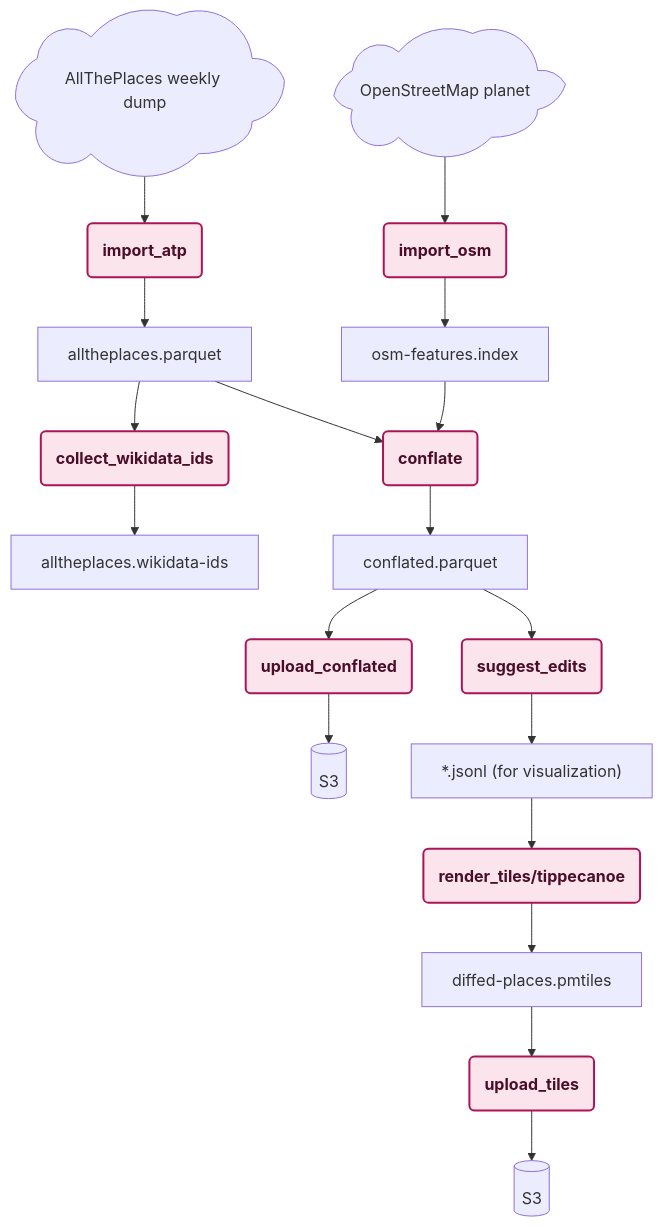
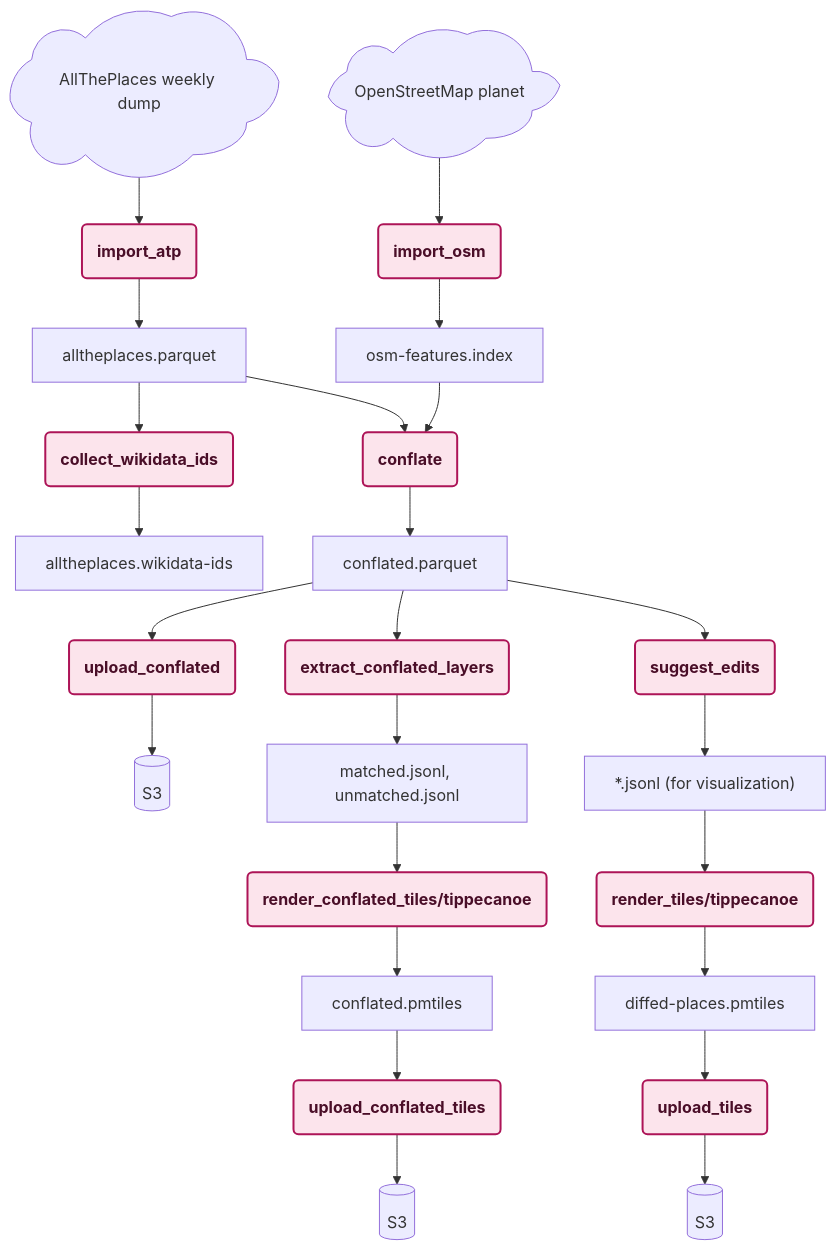
One commit to alltheplaces/osm-diffs changed the diagram in docs/TECHNICAL_DESIGN.md. Above: the diagram before and after it, drawn with Mermaid. The commit also changed other lines of this file and 7 other files, not shown here.

First line of the commit message:
feat: render conflated.parquet into its own PMTiles archive (#709) (#777)

````diff
--- a/docs/TECHNICAL_DESIGN.md
+++ b/docs/TECHNICAL_DESIGN.md
@@ -177,21 +177,24 @@
 ```mermaid
 graph TD
     ATP_SRC@{ shape: cloud, label: "AllThePlaces weekly dump" }
     OSM_SRC@{ shape: cloud, label: "OpenStreetMap planet" }
 
     ATP_SRC --> IMPORT_ATP(import_atp) --> ATP_PARQUET[alltheplaces.parquet]
     ATP_PARQUET --> COLLECT_WIKI(collect_wikidata_ids) --> WIKIDATA[alltheplaces.wikidata-ids]
 
     OSM_SRC --> IMPORT_OSM(import_osm) --> OSM_INDEX[osm-features.index]
 
     ATP_PARQUET --> CONFLATE(conflate)
     OSM_INDEX --> CONFLATE
     CONFLATE --> CONFLATED[conflated.parquet]
     CONFLATED --> UPLOAD_CONFLATED(upload_conflated) --> S3A[(S3)]
+    CONFLATED --> EXTRACT_CONFLATED_LAYERS(extract_conflated_layers) --> CONFLATED_LAYERS["matched.jsonl, unmatched.jsonl"]
+    CONFLATED_LAYERS --> RENDER_CONFLATED_TILES(render_conflated_tiles/tippecanoe) --> CONFLATED_PMTILES[conflated.pmtiles]
+    CONFLATED_PMTILES --> UPLOAD_CONFLATED_TILES(upload_conflated_tiles) --> S3C[(S3)]
     CONFLATED --> SUGGEST_EDITS(suggest_edits) --> LAYERS["*.jsonl (for visualization)"]
     LAYERS --> RENDER_TILES(render_tiles/tippecanoe) --> PMTILES[diffed-places.pmtiles]
     PMTILES --> UPLOAD_TILES(upload_tiles) --> S3B[(S3)]
 
     classDef process fill:#fce4ec,stroke:#ad1457,stroke-width:2px,color:#4a0e28,font-weight:bold;
-    class IMPORT_ATP,COLLECT_WIKI,IMPORT_OSM,CONFLATE,UPLOAD_CONFLATED,SUGGEST_EDITS,RENDER_TILES,UPLOAD_TILES process;
+    class IMPORT_ATP,COLLECT_WIKI,IMPORT_OSM,CONFLATE,UPLOAD_CONFLATED,EXTRACT_CONFLATED_LAYERS,RENDER_CONFLATED_TILES,UPLOAD_CONFLATED_TILES,SUGGEST_EDITS,RENDER_TILES,UPLOAD_TILES process;
 ```
````
